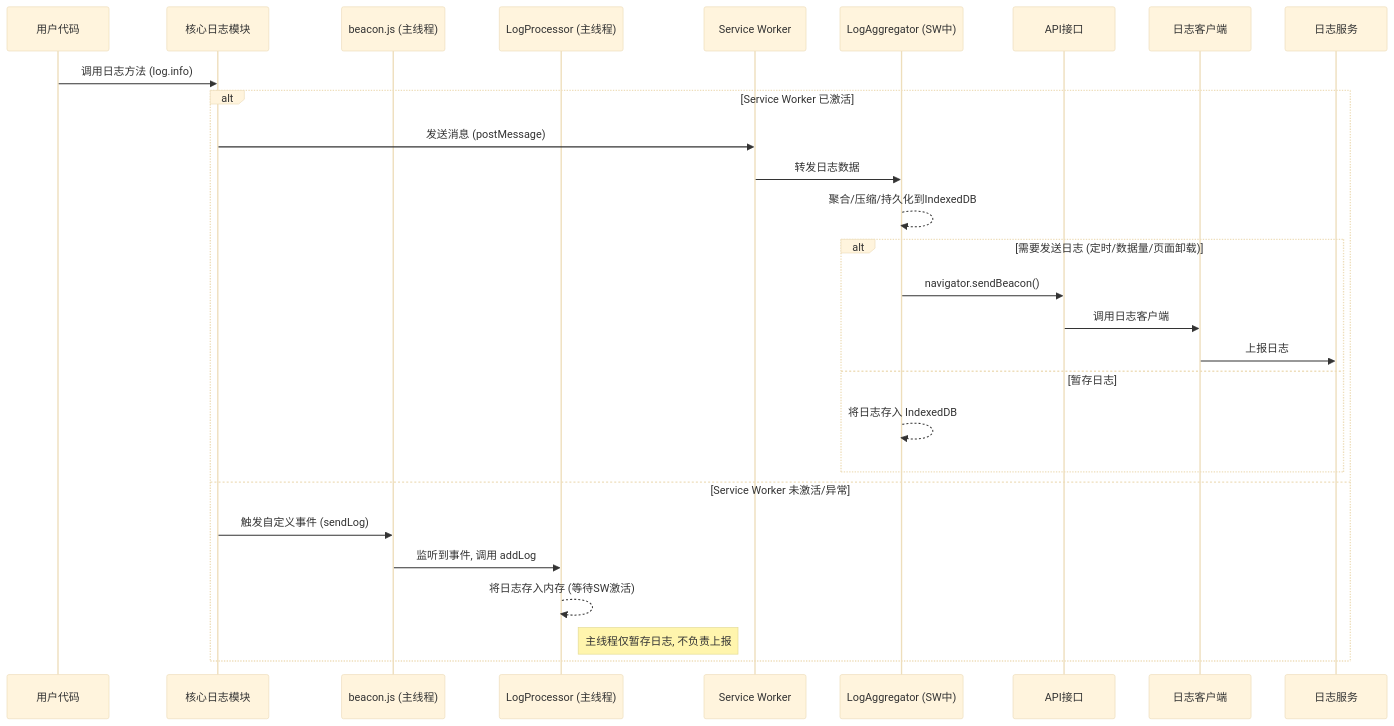
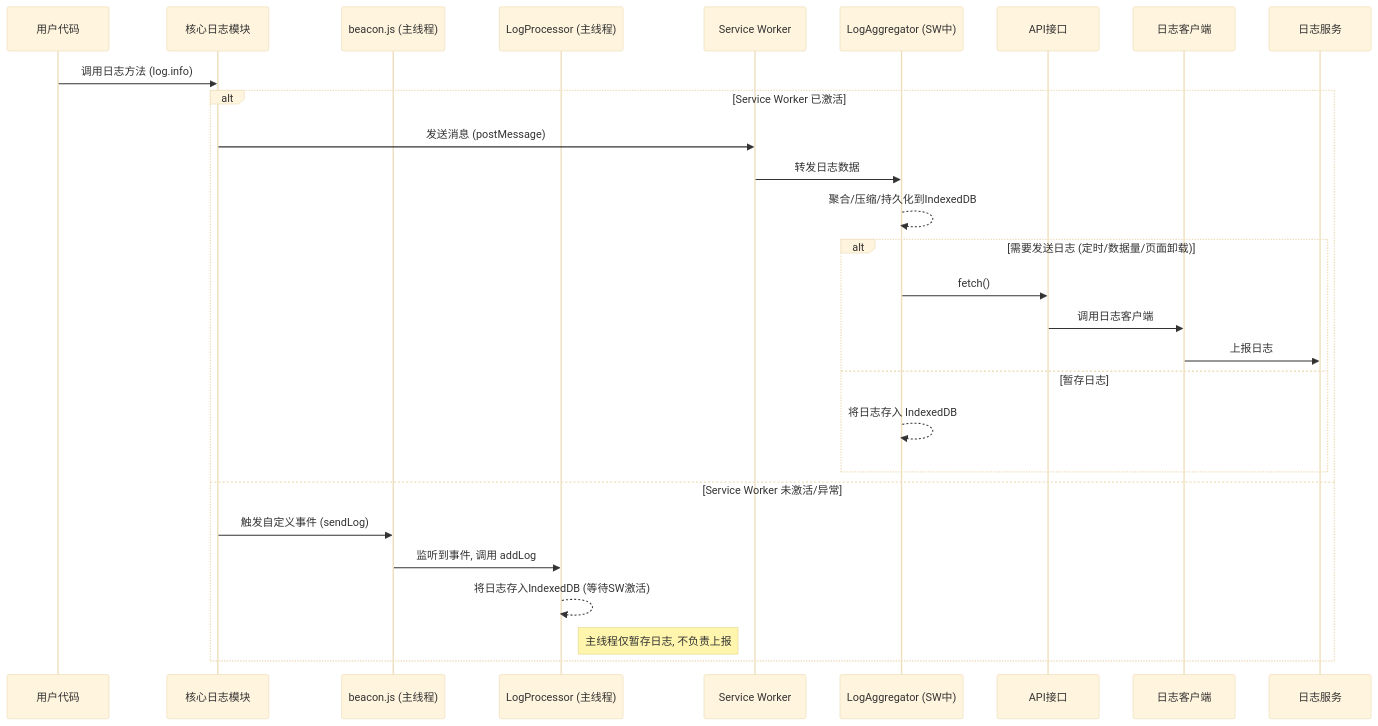
Before and after one commit to luokaibin/logs: the diagram in logs/README.md, drawn with Mermaid (base theme). The commit also changed 1 other file, not shown here.

Commit message:
docs: update README documentation in logs directory

````diff
--- a/logs/README.md
+++ b/logs/README.md
@@ -308,34 +308,34 @@
 ```mermaid
 sequenceDiagram
     participant User as 用户代码
     participant Core as 核心日志模块
     participant BeaconJS as beacon.js (主线程)
     participant LogProc as LogProcessor (主线程)
     participant SW as Service Worker
     participant LogAgg as LogAggregator (SW中)
     participant API as API接口
     participant LogClient as 日志客户端
     participant LogService as 日志服务
 
     User->>Core: 调用日志方法 (log.info)
 
     alt Service Worker 已激活
         Core->>SW: 发送消息 (postMessage)
         SW->>LogAgg: 转发日志数据
         LogAgg-->>LogAgg: 聚合/压缩/持久化到IndexedDB
         
         alt 需要发送日志 (定时/数据量/页面卸载)
-            LogAgg->>API: navigator.sendBeacon()
+            LogAgg->>API: fetch()
             API->>LogClient: 调用日志客户端
             LogClient->>LogService: 上报日志
         else 暂存日志
             LogAgg-->>LogAgg: 将日志存入 IndexedDB
         end
 
     else Service Worker 未激活/异常
         Core->>BeaconJS: 触发自定义事件 (sendLog)
         BeaconJS->>LogProc: 监听到事件, 调用 addLog
-        LogProc-->>LogProc: 将日志存入内存 (等待SW激活)
+        LogProc-->>LogProc: 将日志存入IndexedDB (等待SW激活)
         Note right of LogProc: 主线程仅暂存日志, 不负责上报
     end
 ```
````
